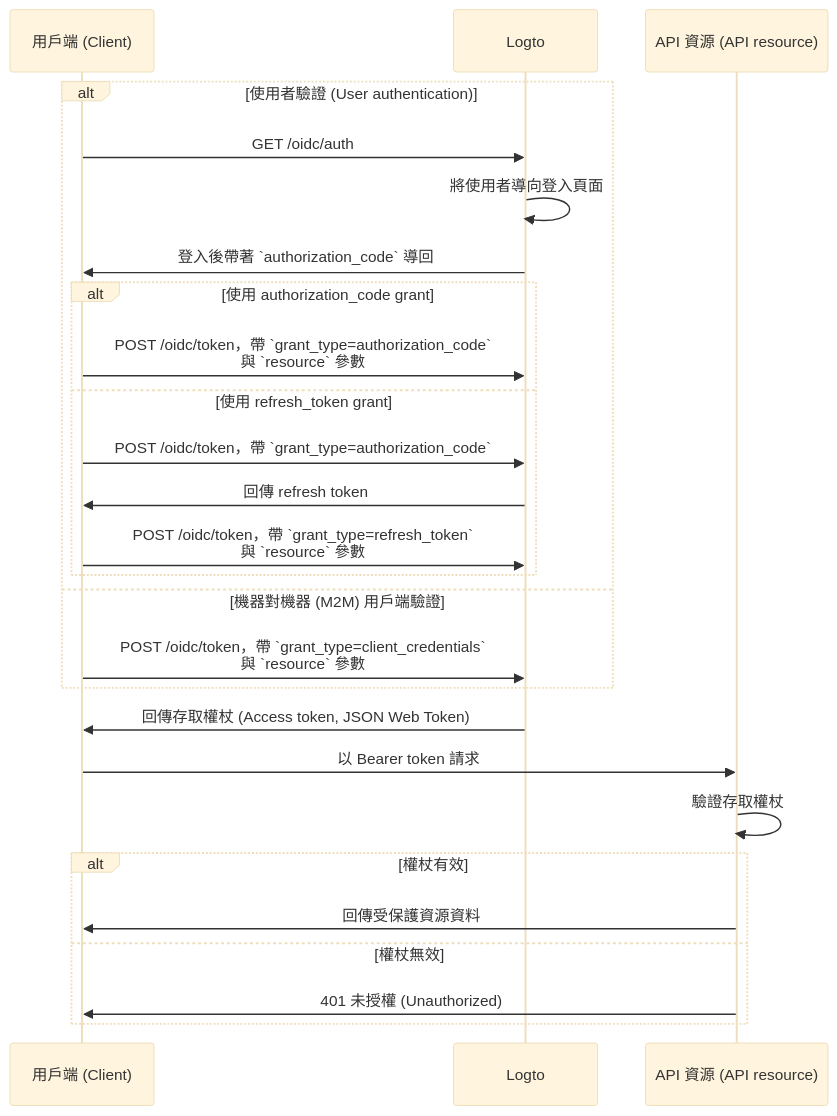
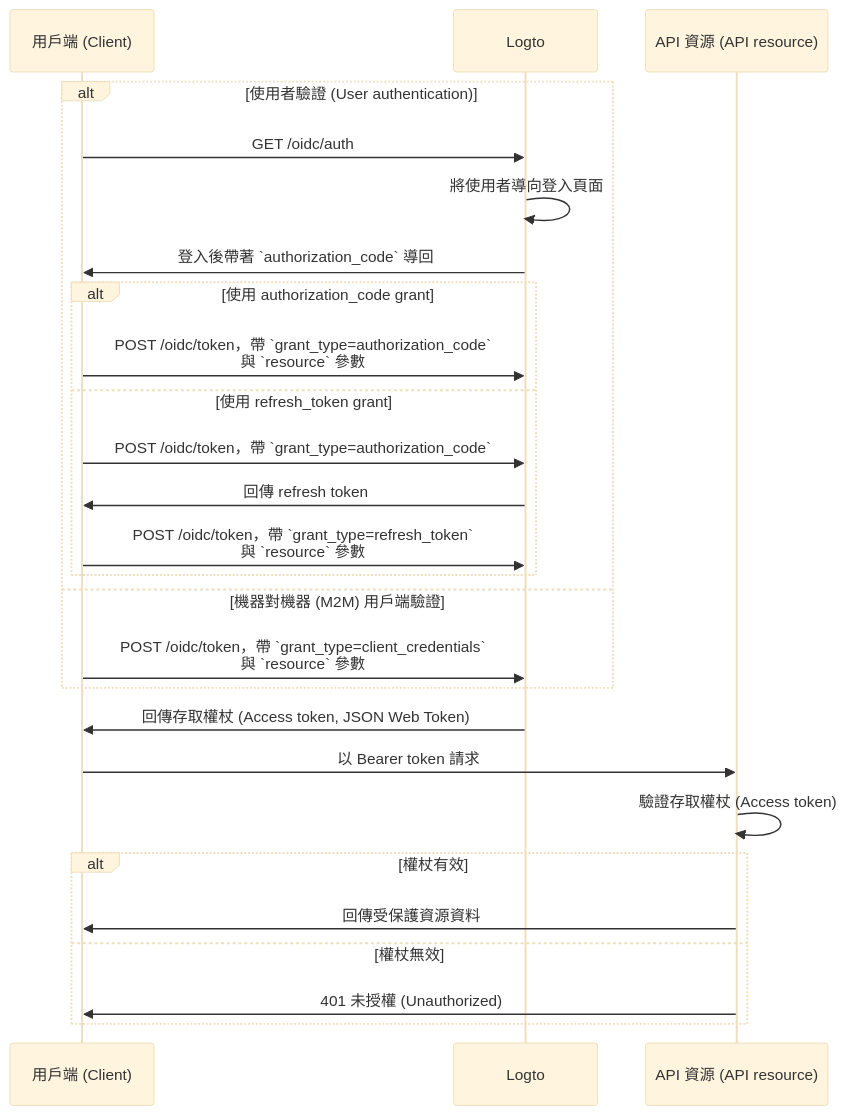
Before and after one commit to logto-io/docs: the diagram in i18n/zh-TW/docusaurus-plugin-content-docs/current/authorization/global-api-resources.mdx, drawn with Mermaid (base theme). The commit also changed other lines of this file and 200 other files, not shown here.

````diff
--- a/i18n/zh-TW/docusaurus-plugin-content-docs/current/authorization/global-api-resources.mdx
+++ b/i18n/zh-TW/docusaurus-plugin-content-docs/current/authorization/global-api-resources.mdx
@@ -67,31 +67,31 @@
 ```mermaid
 sequenceDiagram
     participant Client as 用戶端 (Client)
-    participant Logto as Logto
+    participant Logto
     participant API as API 資源 (API resource)
 
     alt 使用者驗證 (User authentication)
         Client->>Logto: GET /oidc/auth
         Logto->>Logto: 將使用者導向登入頁面
         Logto->>Client: 登入後帶著 `authorization_code` 導回
         alt 使用 authorization_code grant
             Client->>Logto: POST /oidc/token，帶 `grant_type=authorization_code`<br/>與 `resource` 參數
         else 使用 refresh_token grant
             Client->>Logto: POST /oidc/token，帶 `grant_type=authorization_code`
             Logto->>Client: 回傳 refresh token
             Client->>Logto: POST /oidc/token，帶 `grant_type=refresh_token`<br/>與 `resource` 參數
         end
     else 機器對機器 (M2M) 用戶端驗證
         Client->>Logto: POST /oidc/token，帶 `grant_type=client_credentials`<br/>與 `resource` 參數
     end
 
     Logto->>Client: 回傳存取權杖 (Access token, JSON Web Token)
     Client->>API: 以 Bearer token 請求
-    API->>API: 驗證存取權杖
+    API->>API: 驗證存取權杖 (Access token)
 
     alt 權杖有效
       API->>Client: 回傳受保護資源資料
     else 權杖無效
       API->>Client: 401 未授權 (Unauthorized)
     end
 ```
````
